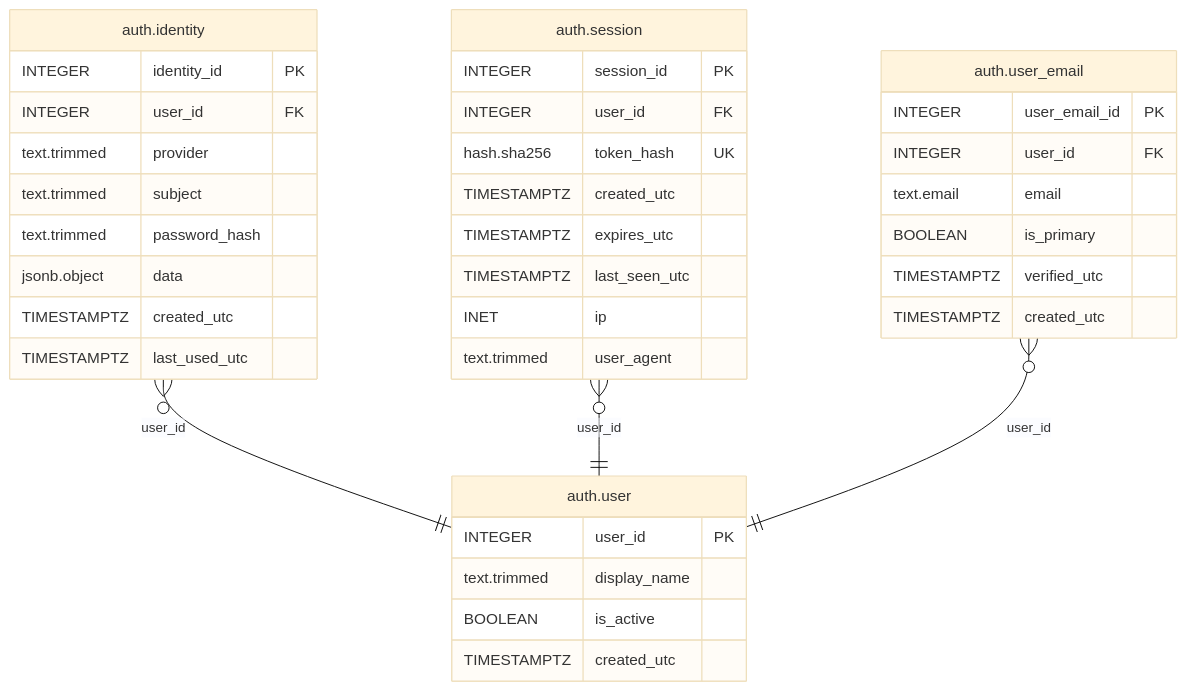
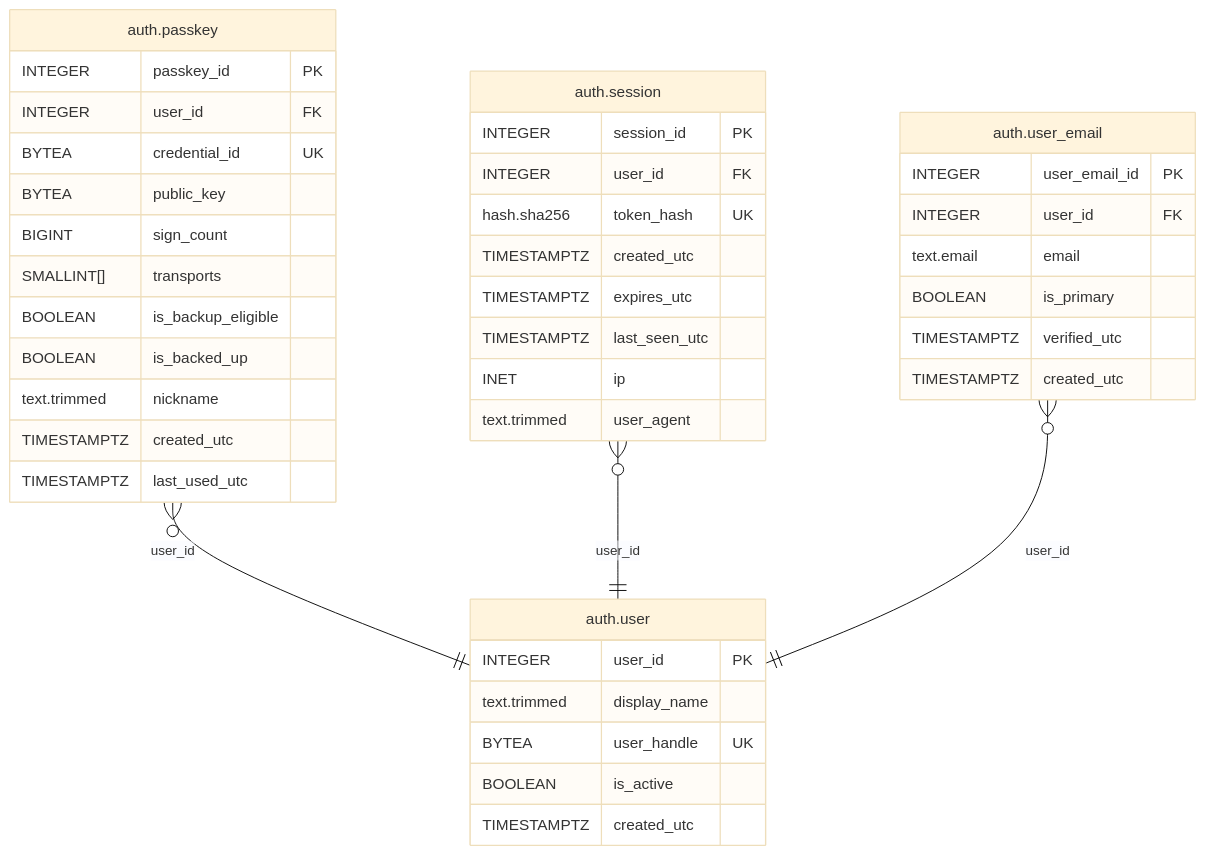
Before and after one commit to OlsonDev/josholson.dev: the diagram in docs/schema/auth.user.md, drawn with Mermaid (base theme). The commit also changed other lines of this file and 10 other files, not shown here.

Commit message:
📝🗃️ Add ADR 0031 for signing in with Red, Purple, or a phone, settle the open items in ADR 0027, replace `auth.identity` with `auth.passkey`, and add `auth.user.user_handle`

````diff
--- a/docs/schema/auth.user.md
+++ b/docs/schema/auth.user.md
@@ -32,45 +45,49 @@
 ```mermaid
 erDiagram
 
-"auth.identity" }o--|| "auth.user" : "user_id"
+"auth.passkey" }o--|| "auth.user" : "user_id"
 "auth.session" }o--|| "auth.user" : "user_id"
 "auth.user_email" }o--|| "auth.user" : "user_id"
 
 "auth.user" {
   INTEGER user_id PK
   text.trimmed display_name
+  BYTEA user_handle UK
   BOOLEAN is_active
   TIMESTAMPTZ created_utc
 }
 
-"auth.identity" {
-  INTEGER identity_id PK
+"auth.passkey" {
+  INTEGER passkey_id PK
   INTEGER user_id FK
-  text.trimmed provider
-  text.trimmed subject
-  text.trimmed password_hash
-  jsonb.object data
+  BYTEA credential_id UK
+  BYTEA public_key
+  BIGINT sign_count
+  SMALLINT[] transports
+  BOOLEAN is_backup_eligible
+  BOOLEAN is_backed_up
+  text.trimmed nickname
   TIMESTAMPTZ created_utc
   TIMESTAMPTZ last_used_utc
 }
 
 "auth.session" {
   INTEGER session_id PK
   INTEGER user_id FK
   hash.sha256 token_hash UK
   TIMESTAMPTZ created_utc
   TIMESTAMPTZ expires_utc
   TIMESTAMPTZ last_seen_utc
   INET ip
   text.trimmed user_agent
 }
 
 "auth.user_email" {
   INTEGER user_email_id PK
   INTEGER user_id FK
   text.email email
   BOOLEAN is_primary
   TIMESTAMPTZ verified_utc
   TIMESTAMPTZ created_utc
 }
 ```
````
